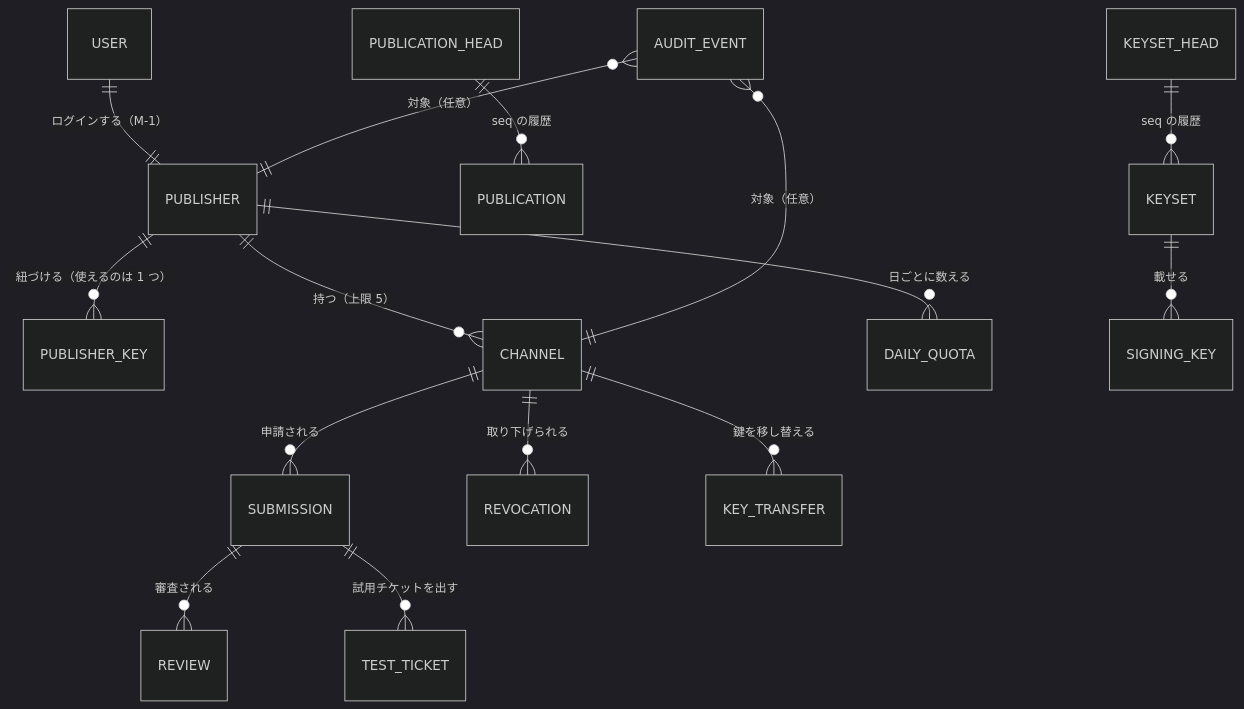
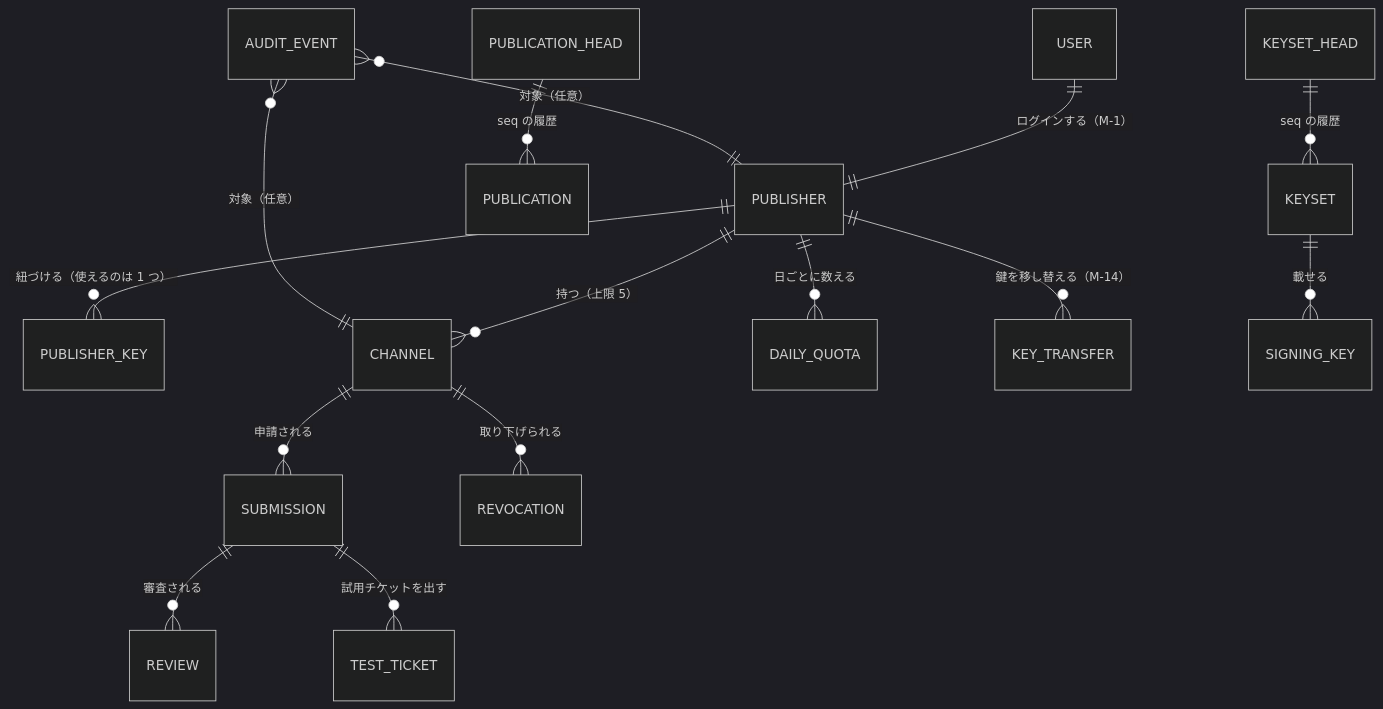
The first of 2 diagrams in docs/data-model.md (duwenji/sanpo-channel-console), drawn with Mermaid (dark theme) before and after one commit. The commit also changed other lines of this file and 6 other files, not shown here.

````diff
--- a/docs/data-model.md
+++ b/docs/data-model.md
@@ -72,17 +74,17 @@
 ```mermaid
 erDiagram
     USER ||--|| PUBLISHER : "ログインする（M-1）"
     PUBLISHER ||--o{ PUBLISHER_KEY : "紐づける（使えるのは 1 つ）"
     PUBLISHER ||--o{ CHANNEL : "持つ（上限 5）"
     PUBLISHER ||--o{ DAILY_QUOTA : "日ごとに数える"
     CHANNEL ||--o{ SUBMISSION : "申請される"
     SUBMISSION ||--o{ REVIEW : "審査される"
     SUBMISSION ||--o{ TEST_TICKET : "試用チケットを出す"
     CHANNEL ||--o{ REVOCATION : "取り下げられる"
-    CHANNEL ||--o{ KEY_TRANSFER : "鍵を移し替える"
+    PUBLISHER ||--o{ KEY_TRANSFER : "鍵を移し替える（M-14）"
     PUBLICATION_HEAD ||--o{ PUBLICATION : "seq の履歴"
     KEYSET_HEAD ||--o{ KEYSET : "seq の履歴"
     KEYSET ||--o{ SIGNING_KEY : "載せる"
     AUDIT_EVENT }o--|| CHANNEL : "対象（任意）"
     AUDIT_EVENT }o--|| PUBLISHER : "対象（任意）"
 ```
````
